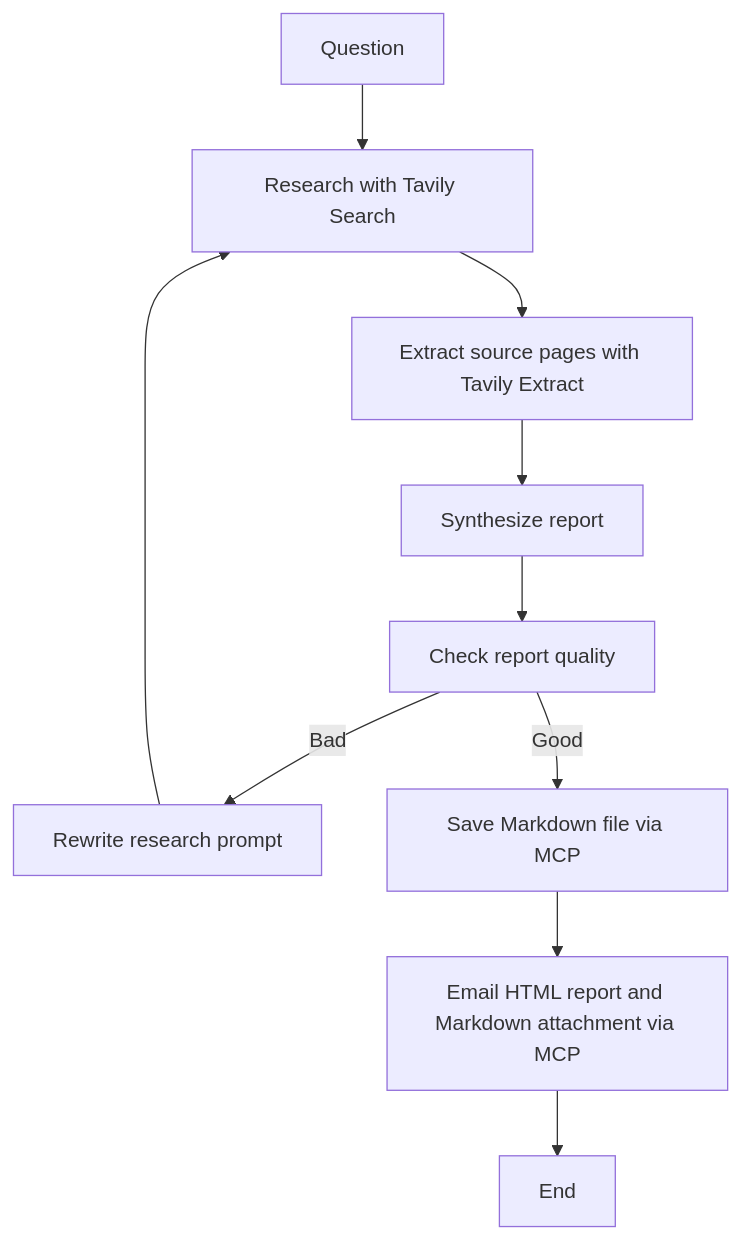
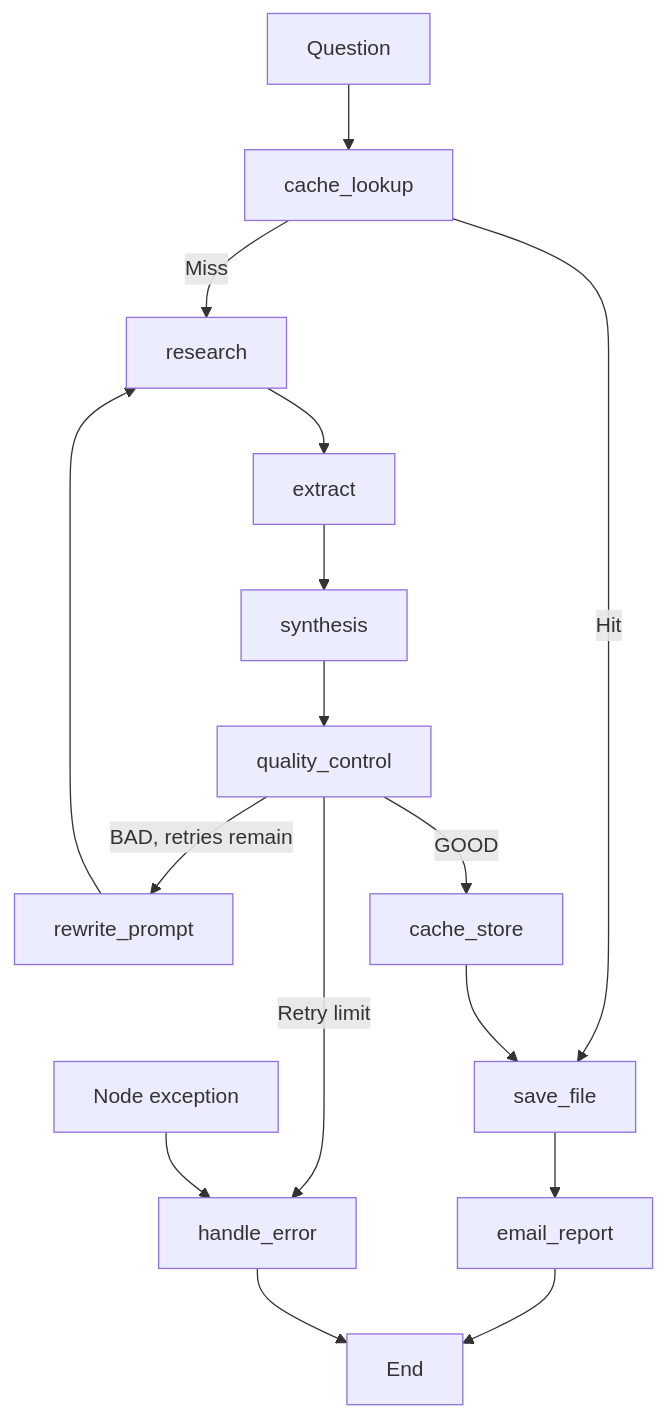
The diagram in README.md (clinton2111/deep-research-agent), drawn with Mermaid before and after one commit. The commit also changed other lines of this file and 13 other files, not shown here.

````diff
--- a/README.md
+++ b/README.md
@@ -7,12 +9,18 @@
 ```mermaid
 flowchart TD
-    A[Question] --> B[Research with Tavily Search]
-    B --> C[Extract source pages with Tavily Extract]
-    C --> D[Synthesize report]
-    D --> E[Check report quality]
-    E -- Bad --> F[Rewrite research prompt]
-    F --> B
-    E -- Good --> G[Save Markdown file via MCP]
-    G --> H[Email HTML report and Markdown attachment via MCP]
-    H --> I[End]
+    A[Question] --> B[cache_lookup]
+    B -- Hit --> I[save_file]
+    B -- Miss --> C[research]
+    C --> D[extract]
+    D --> E[synthesis]
+    E --> F[quality_control]
+    F -- BAD, retries remain --> G[rewrite_prompt]
+    G --> C
+    F -- GOOD --> H[cache_store]
+    H --> I
+    I --> J[email_report]
+    F -- Retry limit --> K[handle_error]
+    X[Node exception] --> K
+    J --> Z[End]
+    K --> Z
 ```
````
